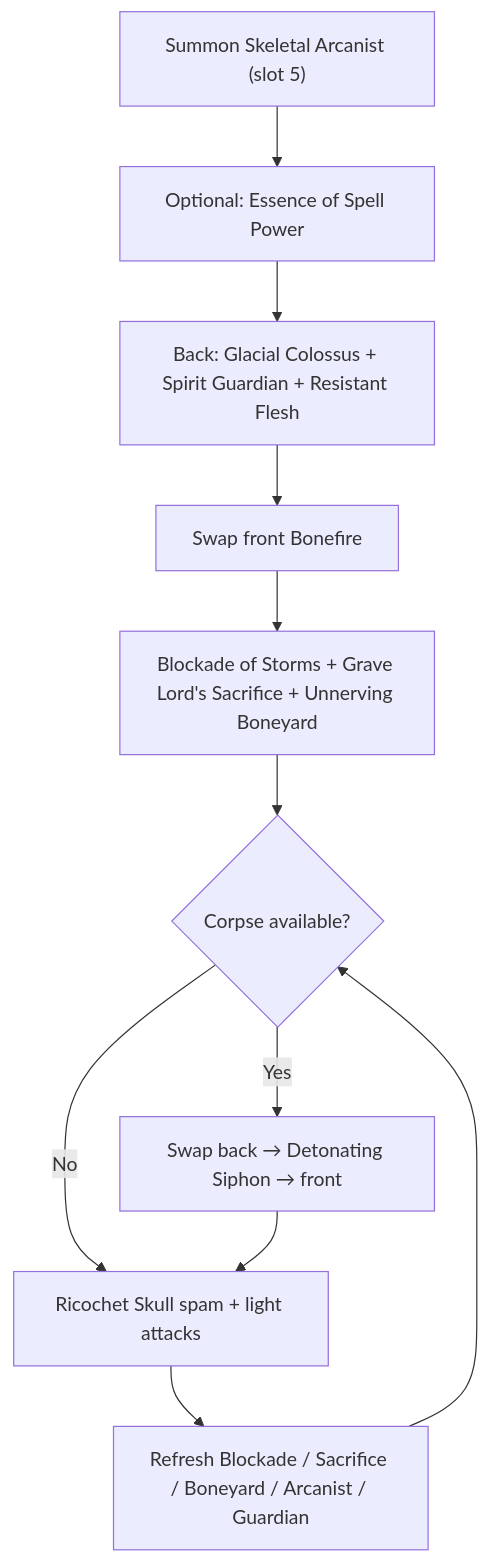
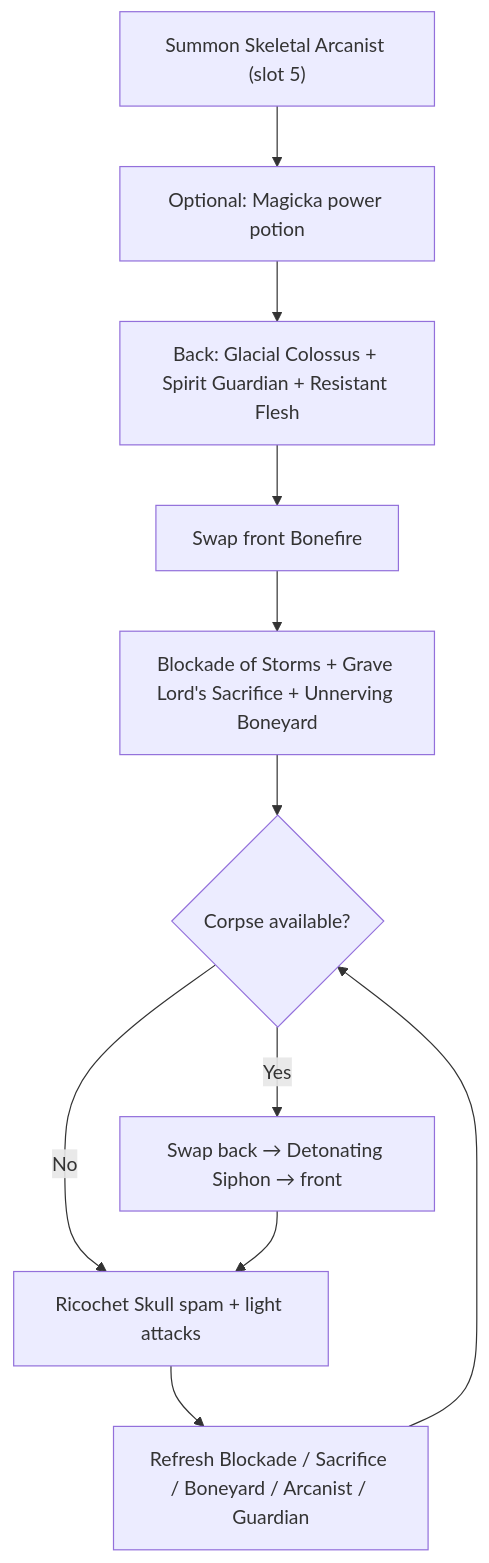
Before and after one commit to solaegis/CharacterMarkdown: the second of 3 diagrams in examples/solaegis/eu/karakadin_plan.md, drawn with Mermaid. The commit also changed other lines of this file and 45 other files, not shown here.

````diff
--- a/examples/solaegis/eu/karakadin_plan.md
+++ b/examples/solaegis/eu/karakadin_plan.md
@@ -159,13 +171,13 @@
 ```mermaid
 flowchart TD
-    summon["Summon Skeletal Arcanist (slot 5)"] --> potion["Optional: Essence of Spell Power"]
+    summon["Summon Skeletal Arcanist (slot 5)"] --> potion["Optional: Magicka power potion"]
     potion --> back["Back: Glacial Colossus + Spirit Guardian + Resistant Flesh"]
     back --> swap["Swap front Bonefire"]
     swap --> setup["Blockade of Storms + Grave Lord's Sacrifice + Unnerving Boneyard"]
     setup --> corpse{"Corpse available?"}
     corpse -->|Yes| siphon["Swap back → Detonating Siphon → front"]
     corpse -->|No| skull["Ricochet Skull spam + light attacks"]
     siphon --> skull
     skull --> refresh["Refresh Blockade / Sacrifice / Boneyard / Arcanist / Guardian"]
     refresh --> corpse
 ```
````
